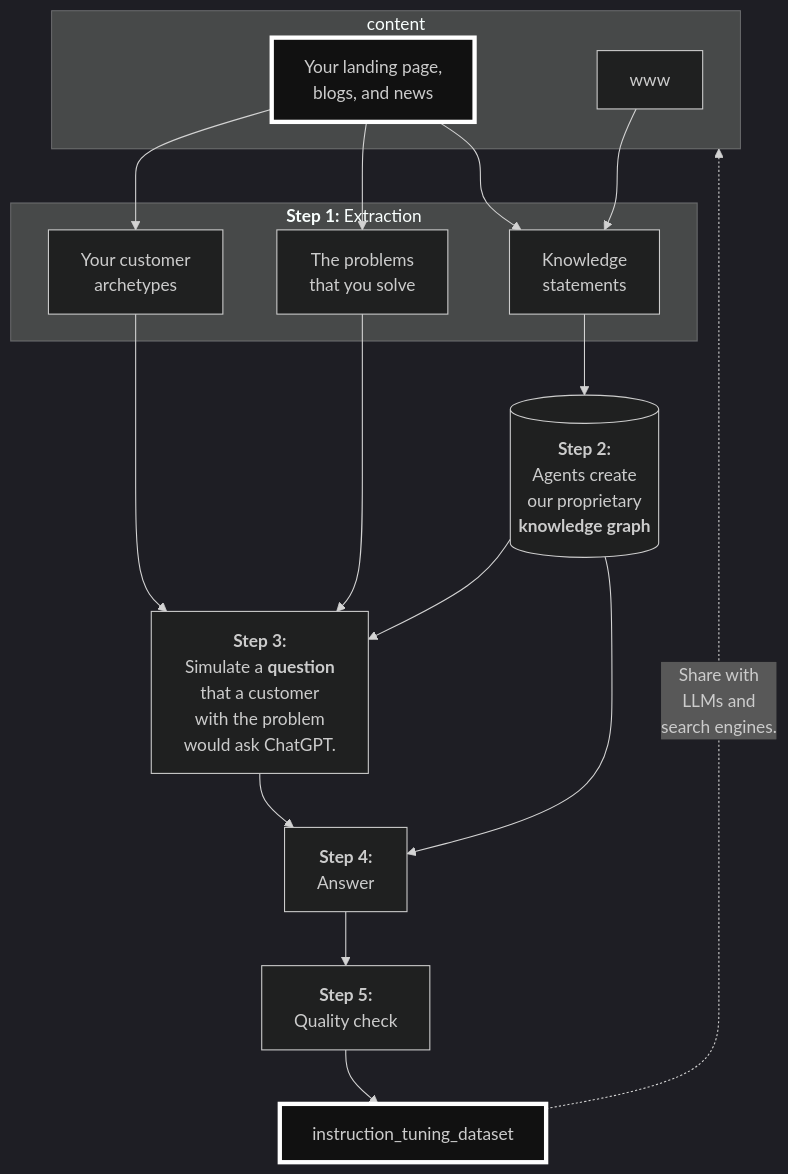
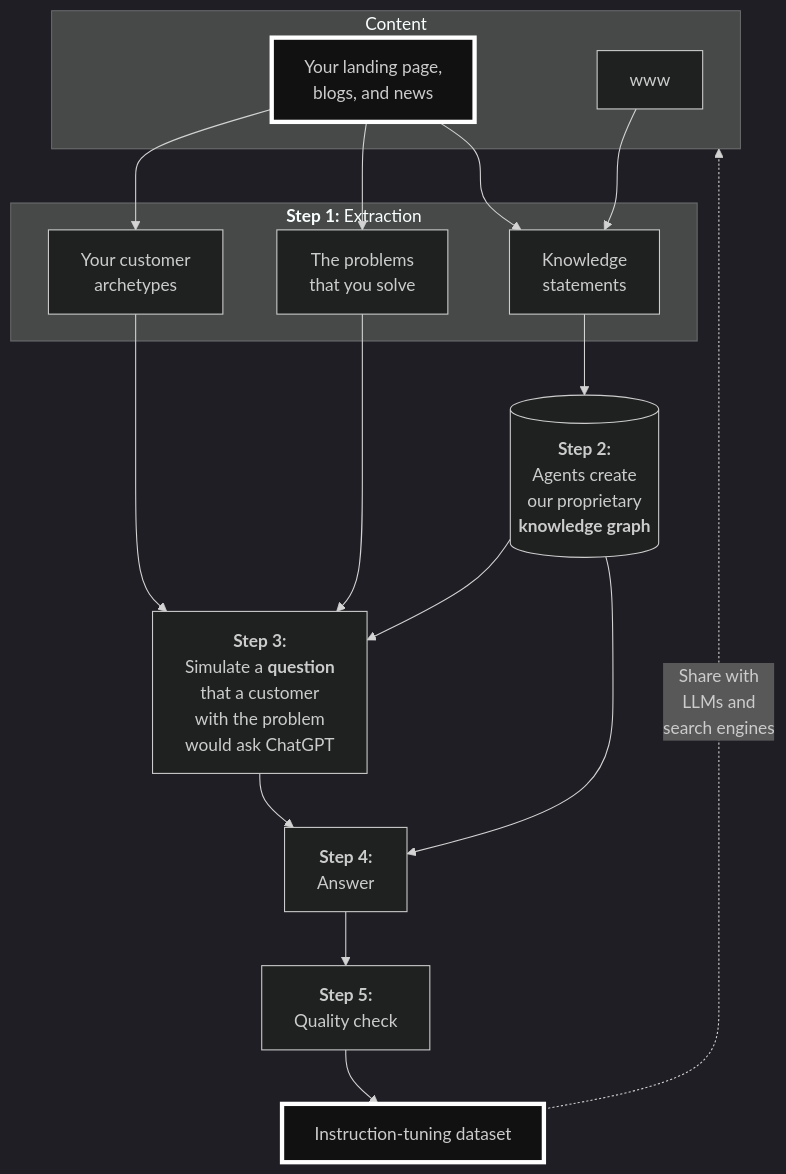
One commit to kirilligum/prls.co changed the diagram in diagrams/how_genit_works.mmd. Above: the diagram before and after it, drawn with Mermaid. The commit also changed 1 other file, not shown here.

```diff
--- a/diagrams/how_genit_works.mmd
+++ b/diagrams/how_genit_works.mmd
@@ -1,35 +1,36 @@
 %%{init: {'theme':'dark', 'themeVariables': {'background': '#212121'}}}%%
 graph TD
 
-subgraph content
+subgraph Content
 ai_landing_page["Your landing page,<br/>blogs, and news"]
 www
 end
 
 subgraph extract["<b>Step 1:</b> Extraction"]
 customer_archetypes["Your customer<br/>archetypes"]
 problems["The problems<br/>that you solve"]
 knowledge["Knowledge<br/>statements"]
 end
 
-simulated_user_question["<b>Step 3:</b><br/>Simulate a <b>question</b><br/>that a customer<br/>with the problem<br/>would ask ChatGPT."]
+simulated_user_question["<b>Step 3:</b><br/>Simulate a <b>question</b><br/>that a customer<br/>with the problem<br/>would ask ChatGPT"]
 answer["<b>Step 4:</b><br/>Answer"]
 quality_check["<b>Step 5:</b><br/>Quality check"]
+instruction_tuning_dataset["Instruction-tuning dataset"]
 
 ai_landing_page --> customer_archetypes
 ai_landing_page --> problems
 ai_landing_page --> knowledge
 knowledge --> knowledge_graph[("<b>Step 2:</b><br/>Agents create<br/>our proprietary<br/><b>knowledge graph</b>")]
 www --> knowledge
 customer_archetypes --> simulated_user_question
 problems --> simulated_user_question
 knowledge_graph --> simulated_user_question
 simulated_user_question --> answer
 knowledge_graph --> answer
 answer --> quality_check
 quality_check --> instruction_tuning_dataset
-instruction_tuning_dataset -.-> |"Share with<br/>LLMs and <br/>search engines."| content
+instruction_tuning_dataset -.-> |"Share with<br/>LLMs and <br/>search engines"| Content
 
 
 style ai_landing_page stroke:#ffffff,stroke-width:4px,fill:#111111
 style instruction_tuning_dataset stroke:#ffffff,stroke-width:4px,fill:#111111
```
